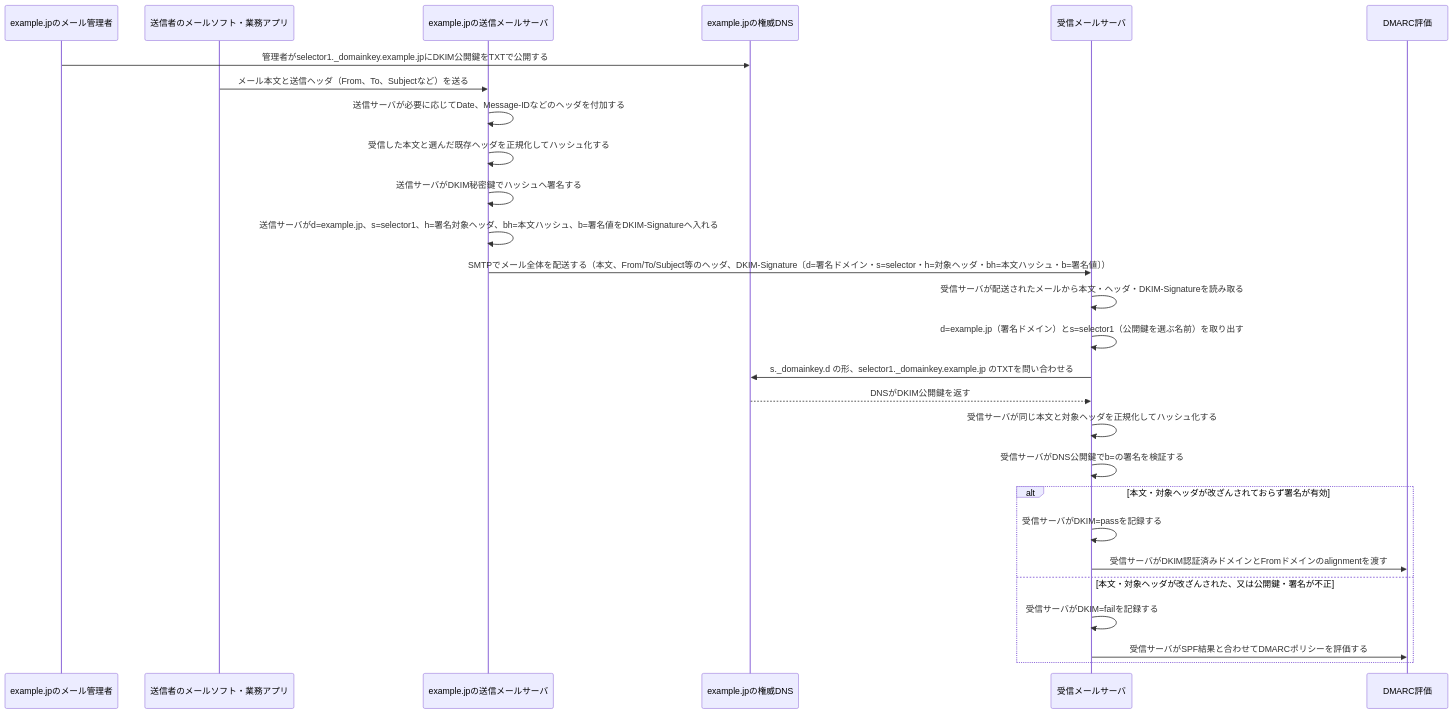
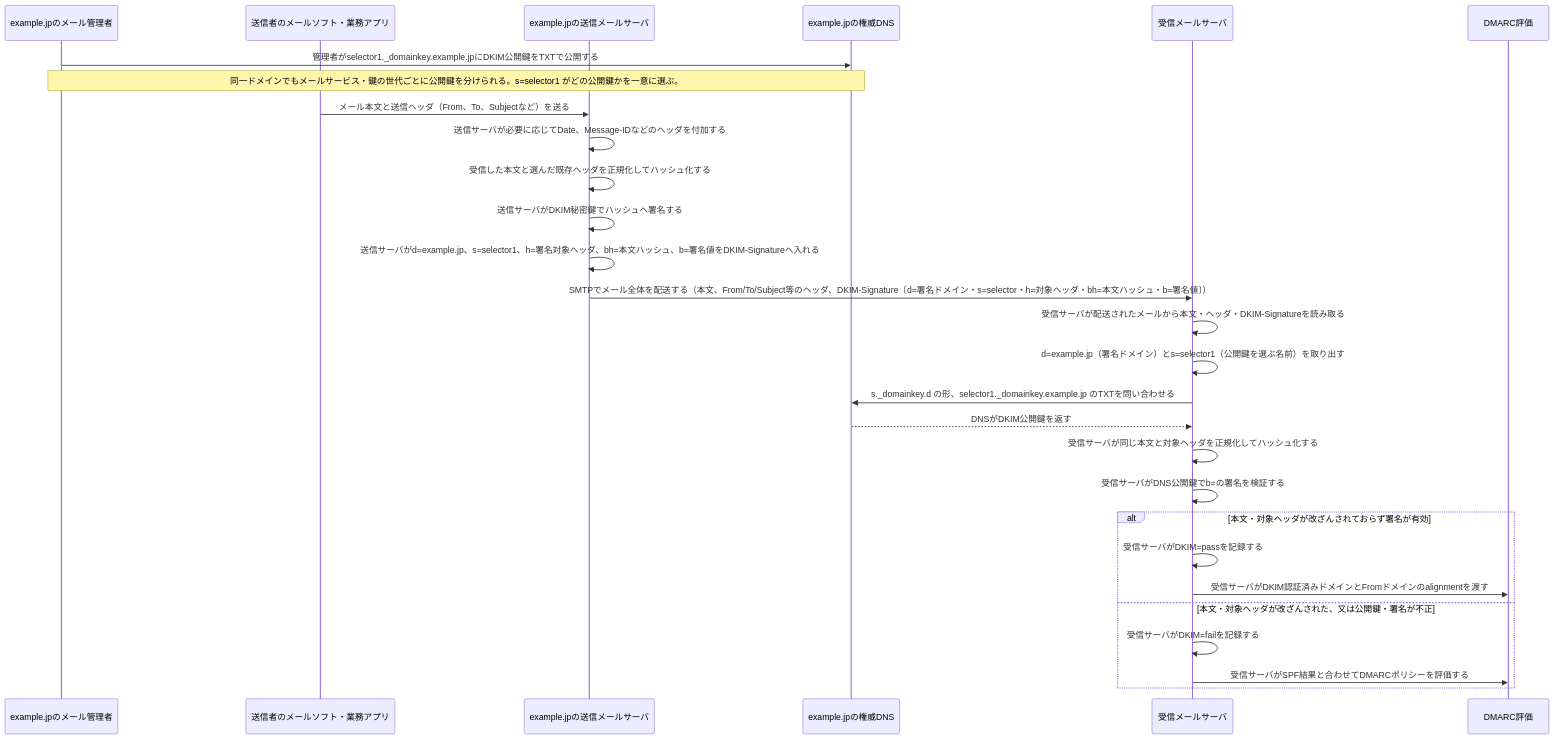
Before and after one commit to ryusuke2003/security-specialist-study: the diagram in 復習用/流れ図/DKIMの署名と検証.md, drawn with Mermaid. The commit also changed other lines of this file and 1 other file, not shown here.

````diff
--- a/復習用/流れ図/DKIMの署名と検証.md
+++ b/復習用/流れ図/DKIMの署名と検証.md
@@ -5,33 +5,34 @@
 ```mermaid
 sequenceDiagram
     participant Admin as example.jpのメール管理者
     participant Client as 送信者のメールソフト・業務アプリ
     participant Sender as example.jpの送信メールサーバ
     participant DNS as example.jpの権威DNS
     participant Receiver as 受信メールサーバ
     participant Policy as DMARC評価
 
     Admin->>DNS: 管理者がselector1._domainkey.example.jpにDKIM公開鍵をTXTで公開する
+    Note over Admin,DNS: 同一ドメインでもメールサービス・鍵の世代ごとに公開鍵を分けられる。s=selector1 がどの公開鍵かを一意に選ぶ。
 
     Client->>Sender: メール本文と送信ヘッダ（From、To、Subjectなど）を送る
     Sender->>Sender: 送信サーバが必要に応じてDate、Message-IDなどのヘッダを付加する
     Sender->>Sender: 受信した本文と選んだ既存ヘッダを正規化してハッシュ化する
     Sender->>Sender: 送信サーバがDKIM秘密鍵でハッシュへ署名する
     Sender->>Sender: 送信サーバがd=example.jp、s=selector1、h=署名対象ヘッダ、bh=本文ハッシュ、b=署名値をDKIM-Signatureへ入れる
     Sender->>Receiver: SMTPでメール全体を配送する（本文、From/To/Subject等のヘッダ、DKIM-Signature〔d=署名ドメイン・s=selector・h=対象ヘッダ・bh=本文ハッシュ・b=署名値〕）
 
     Receiver->>Receiver: 受信サーバが配送されたメールから本文・ヘッダ・DKIM-Signatureを読み取る
     Receiver->>Receiver: d=example.jp（署名ドメイン）とs=selector1（公開鍵を選ぶ名前）を取り出す
     Receiver->>DNS: s._domainkey.d の形、selector1._domainkey.example.jp のTXTを問い合わせる
     DNS-->>Receiver: DNSがDKIM公開鍵を返す
     Receiver->>Receiver: 受信サーバが同じ本文と対象ヘッダを正規化してハッシュ化する
     Receiver->>Receiver: 受信サーバがDNS公開鍵でb=の署名を検証する
 
     alt 本文・対象ヘッダが改ざんされておらず署名が有効
         Receiver->>Receiver: 受信サーバがDKIM=passを記録する
         Receiver->>Policy: 受信サーバがDKIM認証済みドメインとFromドメインのalignmentを渡す
     else 本文・対象ヘッダが改ざんされた、又は公開鍵・署名が不正
         Receiver->>Receiver: 受信サーバがDKIM=failを記録する
         Receiver->>Policy: 受信サーバがSPF結果と合わせてDMARCポリシーを評価する
     end
 ```
````
